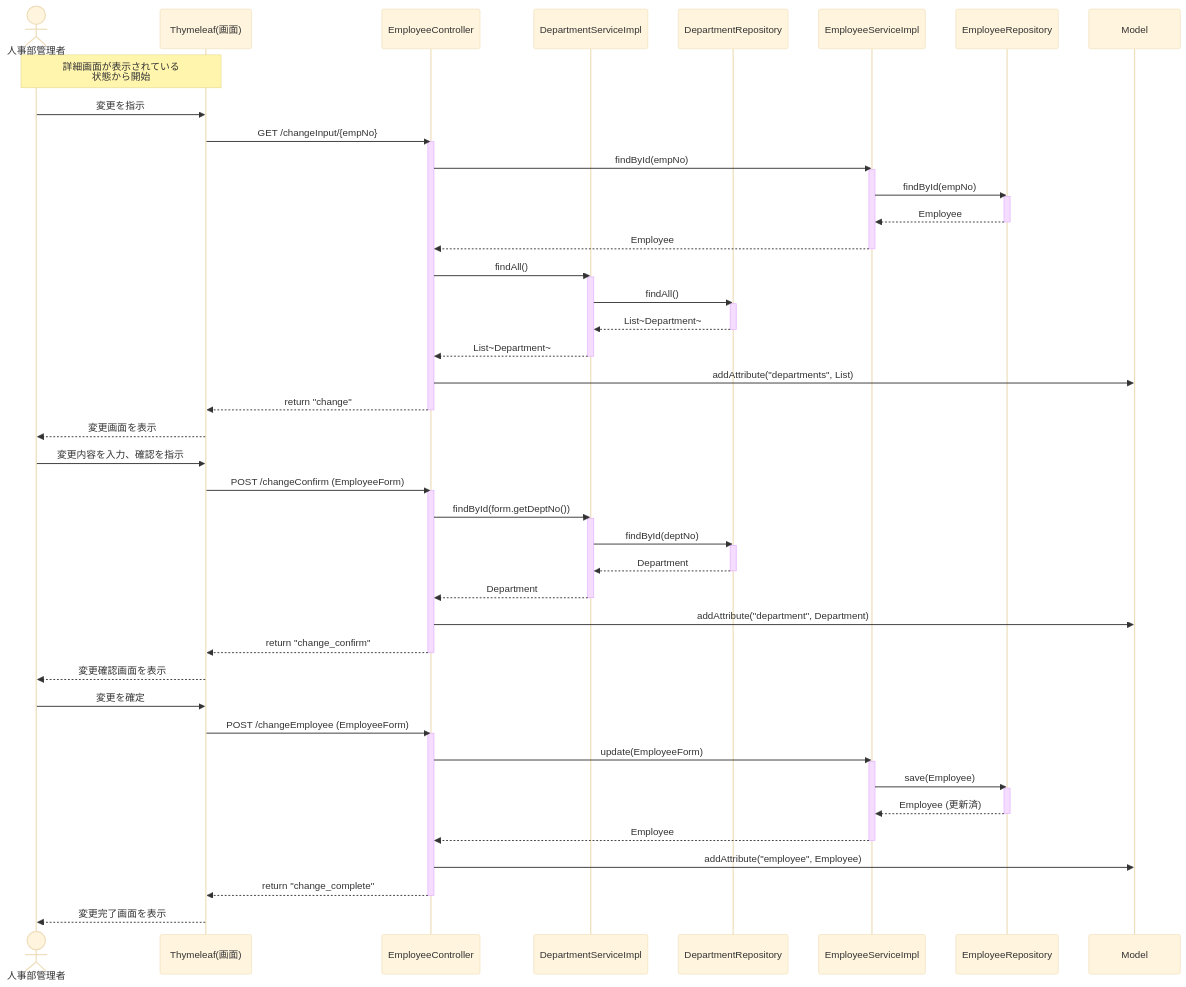
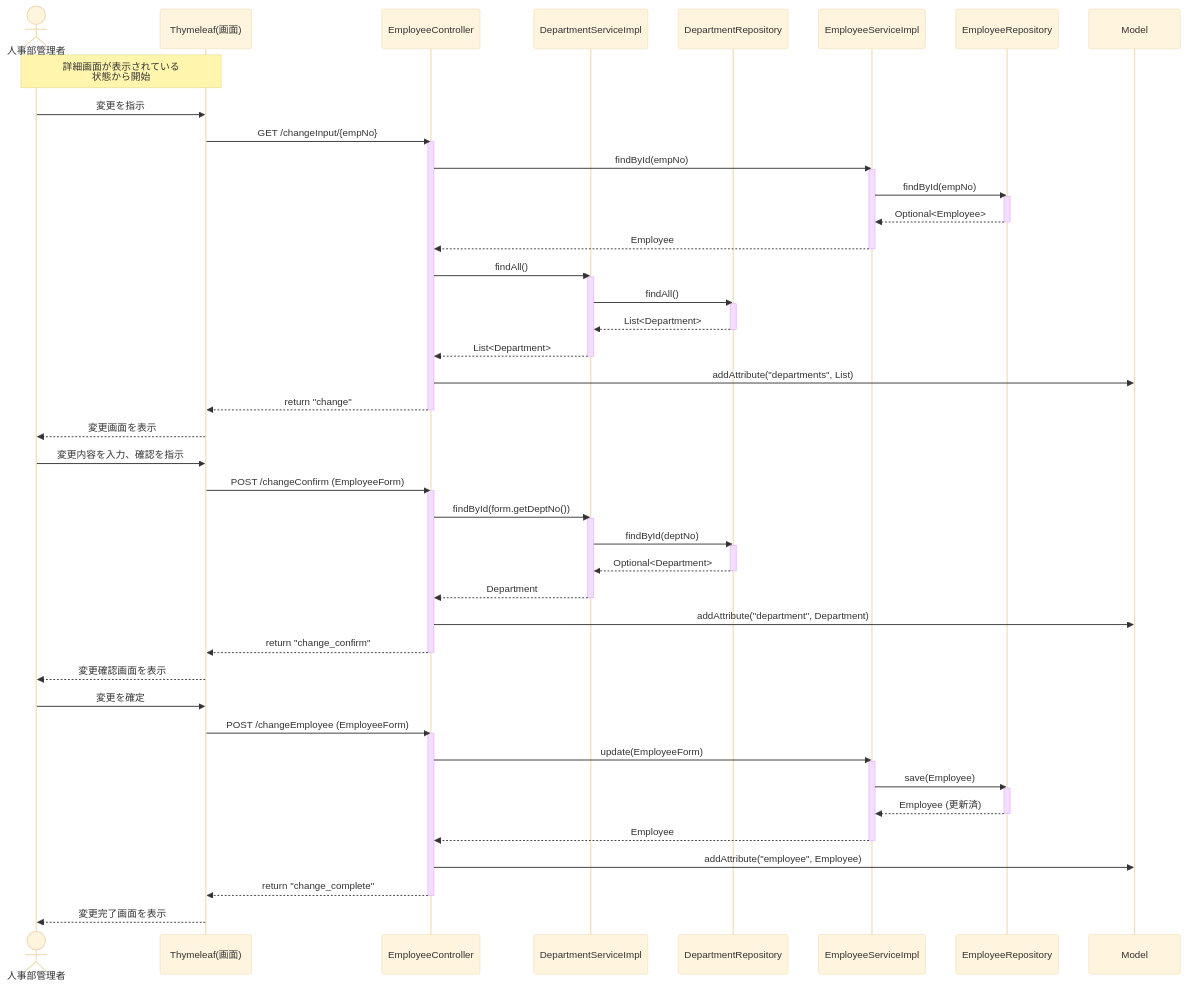
Before and after one commit to juyeongjung1/NewEIMS: diagram 28 of 29 in EIMS_Comprehensive_Exercise_Guide.md, drawn with Mermaid (base theme). The commit also changed other lines of this file and 21 other files, not shown here.

````diff
--- a/EIMS_Comprehensive_Exercise_Guide.md
+++ b/EIMS_Comprehensive_Exercise_Guide.md
@@ -2155,68 +2157,68 @@
 ```mermaid
 sequenceDiagram
     actor Admin as 人事部管理者
     participant View as Thymeleaf(画面)
     participant Ctrl as EmployeeController
     participant DSvc as DepartmentServiceImpl
     participant DRep as DepartmentRepository
     participant Svc as EmployeeServiceImpl
     participant Rep as EmployeeRepository
     participant Model as Model
 
     note over Admin, View: 詳細画面が表示されている<br/>状態から開始
     Admin ->> View: 変更を指示
     View ->> Ctrl: GET /changeInput/{empNo}
     activate Ctrl
     Ctrl ->> Svc: findById(empNo)
     activate Svc
     Svc ->> Rep: findById(empNo)
     activate Rep
-    Rep -->> Svc: Employee
+    Rep -->> Svc: Optional<Employee>
     deactivate Rep
     Svc -->> Ctrl: Employee
     deactivate Svc
     Ctrl ->> DSvc: findAll()
     activate DSvc
     DSvc ->> DRep: findAll()
     activate DRep
-    DRep -->> DSvc: List~Department~
+    DRep -->> DSvc: List<Department>
     deactivate DRep
-    DSvc -->> Ctrl: List~Department~
+    DSvc -->> Ctrl: List<Department>
     deactivate DSvc
     Ctrl ->> Model: addAttribute("departments", List)
     Ctrl -->> View: return "change"
     deactivate Ctrl
     View -->> Admin: 変更画面を表示
   
     Admin ->> View: 変更内容を入力、確認を指示
     View ->> Ctrl: POST /changeConfirm (EmployeeForm)
     activate Ctrl
     Ctrl ->> DSvc: findById(form.getDeptNo())
     activate DSvc
     DSvc ->> DRep: findById(deptNo)
     activate DRep
-    DRep -->> DSvc: Department
+    DRep -->> DSvc: Optional<Department>
     deactivate DRep
     DSvc -->> Ctrl: Department
     deactivate DSvc
     Ctrl ->> Model: addAttribute("department", Department)
     Ctrl -->> View: return "change_confirm"
     deactivate Ctrl
     View -->> Admin: 変更確認画面を表示
   
     Admin ->> View: 変更を確定
     View ->> Ctrl: POST /changeEmployee (EmployeeForm)
     activate Ctrl
     Ctrl ->> Svc: update(EmployeeForm)
     activate Svc
     Svc ->> Rep: save(Employee)
     activate Rep
     Rep -->> Svc: Employee (更新済)
     deactivate Rep
     Svc -->> Ctrl: Employee
     deactivate Svc
     Ctrl ->> Model: addAttribute("employee", Employee)
     Ctrl -->> View: return "change_complete"
     deactivate Ctrl
     View -->> Admin: 変更完了画面を表示
 ```
````
